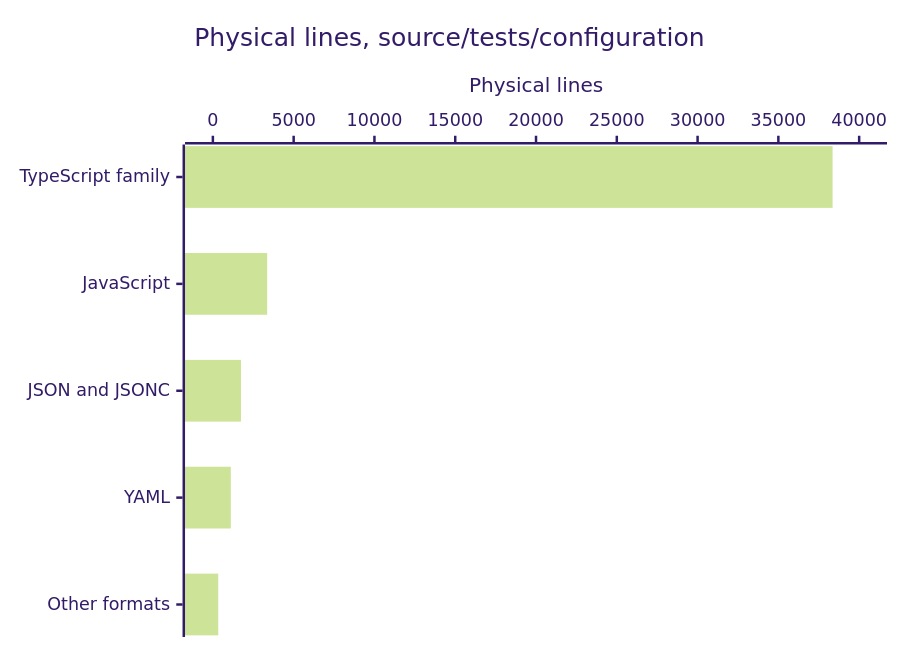
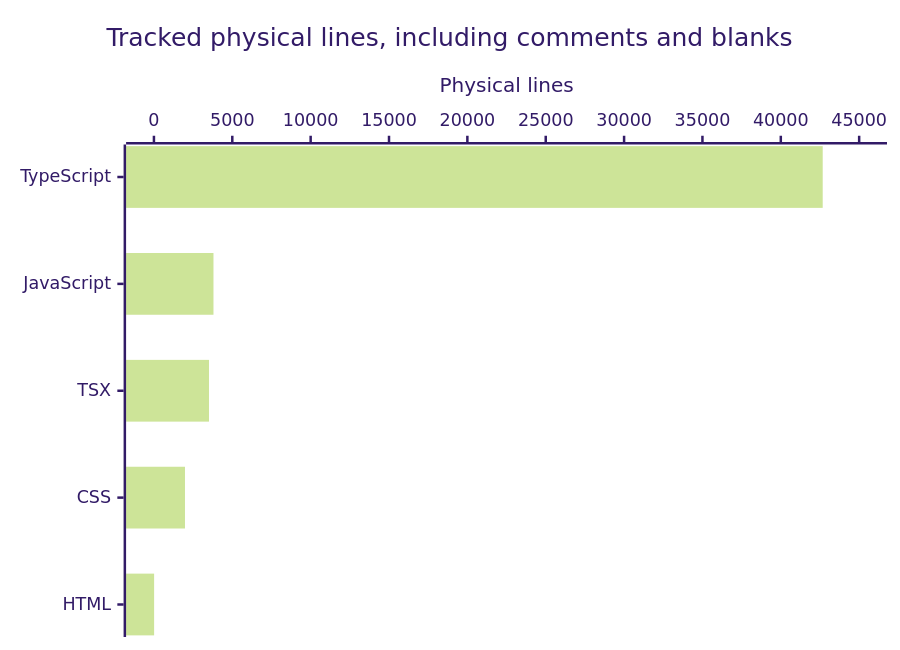
One commit to VeroxAUS/homestream changed the diagram in droid-wiki/by-the-numbers.md. Above: the diagram before and after it, drawn with Mermaid (forest theme). The commit also changed other lines of this file and 54 other files, not shown here.

````diff
--- a/droid-wiki/by-the-numbers.md
+++ b/droid-wiki/by-the-numbers.md
@@ -44,7 +44,7 @@
 ```mermaid
 xychart-beta horizontal
-    title "Physical lines, source/tests/configuration"
-    x-axis ["TypeScript family", "JavaScript", "JSON and JSONC", "YAML", "Other formats"]
-    y-axis "Physical lines" 0 --> 40000
-    bar [38355, 3361, 1739, 1110, 334]
+    title "Tracked physical lines, including comments and blanks"
+    x-axis ["TypeScript", "JavaScript", "TSX", "CSS", "HTML"]
+    y-axis "Physical lines" 0 --> 45000
+    bar [42674, 3799, 3513, 1981, 12]
 ```
````
